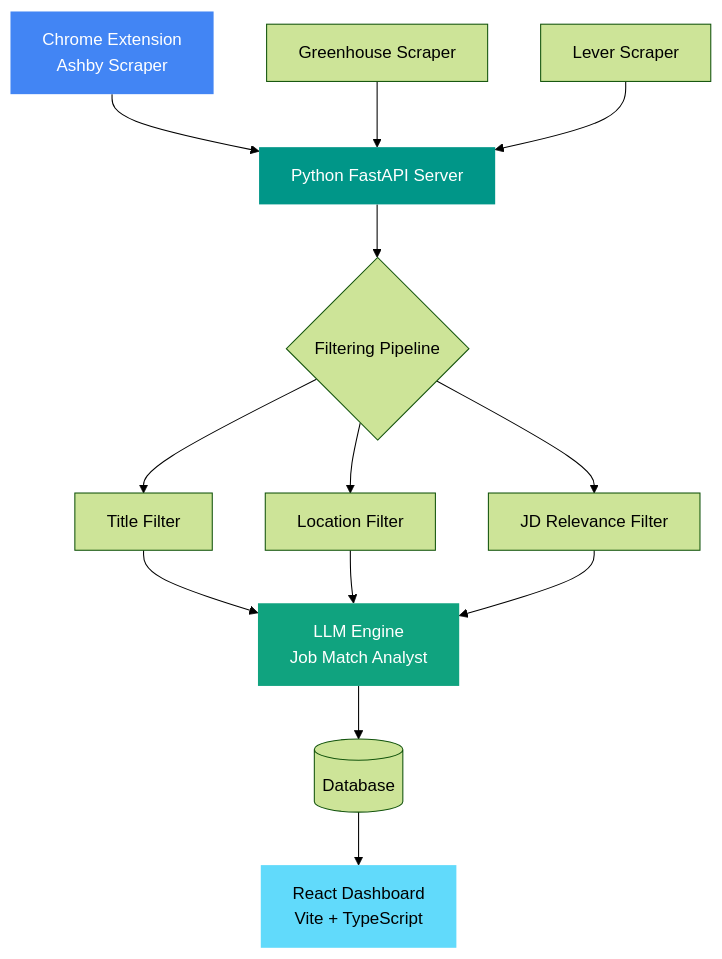
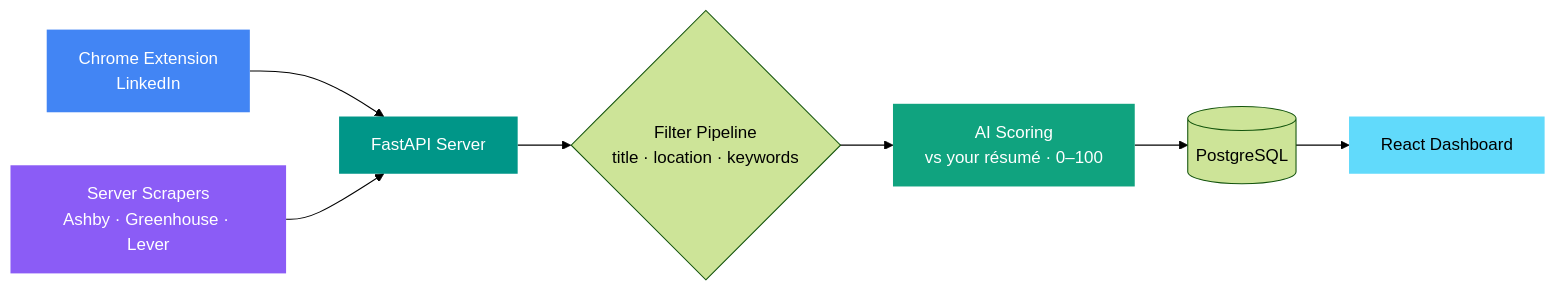
The diagram in README.md (sundeep-dayalan/JOBVIS), drawn with Mermaid (forest theme) before and after one commit. The commit also changed other lines of this file and 1 other file, not shown here.

Commit message:
docs: update README documentation and improve setup script usability

````diff
--- a/README.md
+++ b/README.md
@@ -29,18 +32,15 @@
 ```mermaid
-flowchart TD
-    A[Chrome Extension<br/>Ashby Scraper] --> B[Python FastAPI Server]
-    J[Greenhouse Scraper] --> B
-    K[Lever Scraper] --> B
-    B --> C{Filtering Pipeline}
-    C --> D[Title Filter]
-    C --> E[Location Filter]
-    C --> F[JD Relevance Filter]
-    D & E & F --> G[LLM Engine<br/>Job Match Analyst]
-    G --> H[(Database)]
-    H --> I[React Dashboard<br/>Vite + TypeScript]
+flowchart LR
+    A[Chrome Extension<br/>LinkedIn] --> B[FastAPI Server]
+    S[Server Scrapers<br/>Ashby · Greenhouse · Lever] --> B
+    B --> C{Filter Pipeline<br/>title · location · keywords}
+    C --> G[AI Scoring<br/>vs your résumé · 0–100]
+    G --> H[(PostgreSQL)]
+    H --> I[React Dashboard]
 
     style A fill:#4285F4,color:#fff,stroke:none
+    style S fill:#8b5cf6,color:#fff,stroke:none
     style G fill:#10a37f,color:#fff,stroke:none
     style I fill:#61DAFB,color:#000,stroke:none
     style B fill:#009688,color:#fff,stroke:none
 ```
````
